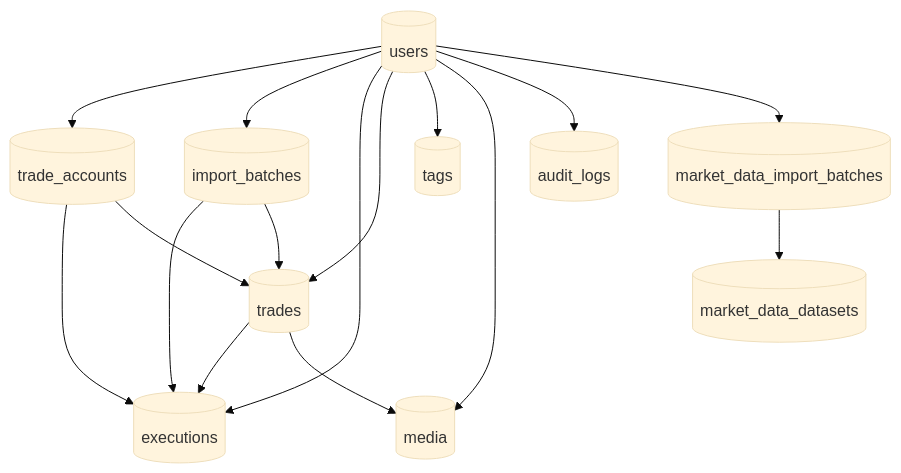
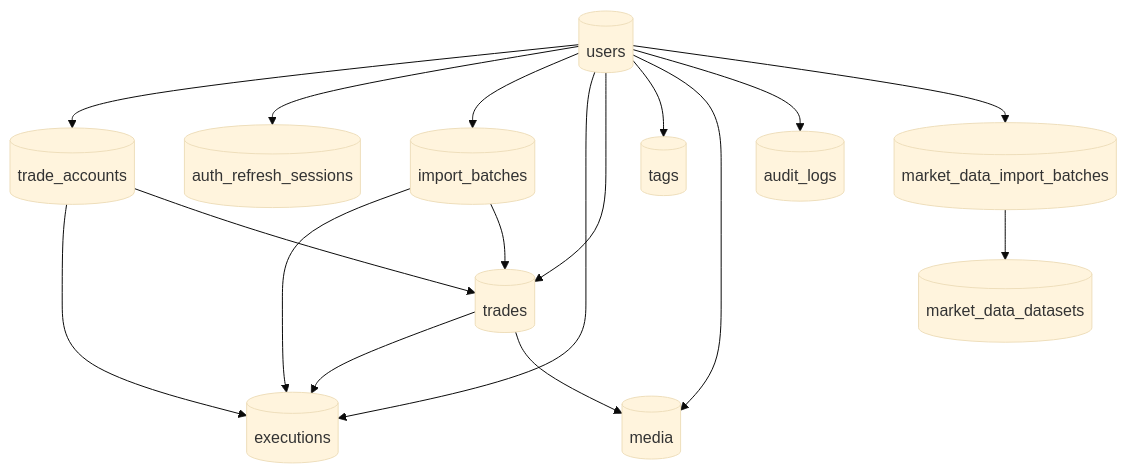
The first of 4 diagrams in docs/architecture/database.md (diridevelops/JanusEdge), drawn with Mermaid (base theme) before and after one commit. The commit also changed other lines of this file and 13 other files, not shown here.

````diff
--- a/docs/architecture/database.md
+++ b/docs/architecture/database.md
@@ -16,29 +16,31 @@
 ```mermaid
 graph TB
   Users[(users)]
+  RefreshSessions[(auth_refresh_sessions)]
   Accounts[(trade_accounts)]
   Batches[(import_batches)]
   Executions[(executions)]
   Trades[(trades)]
   Tags[(tags)]
   Media[(media)]
   MarketDatasets[(market_data_datasets)]
   MarketBatches[(market_data_import_batches)]
   Audit[(audit_logs)]
 
   Users --> Accounts
+  Users --> RefreshSessions
   Users --> Batches
   Users --> Executions
   Users --> Trades
   Users --> Tags
   Users --> Media
   Users --> Audit
   Users --> MarketBatches
   Accounts --> Executions
   Accounts --> Trades
   Batches --> Executions
   Batches --> Trades
   Trades --> Executions
   Trades --> Media
   MarketBatches --> MarketDatasets
 ```
````
